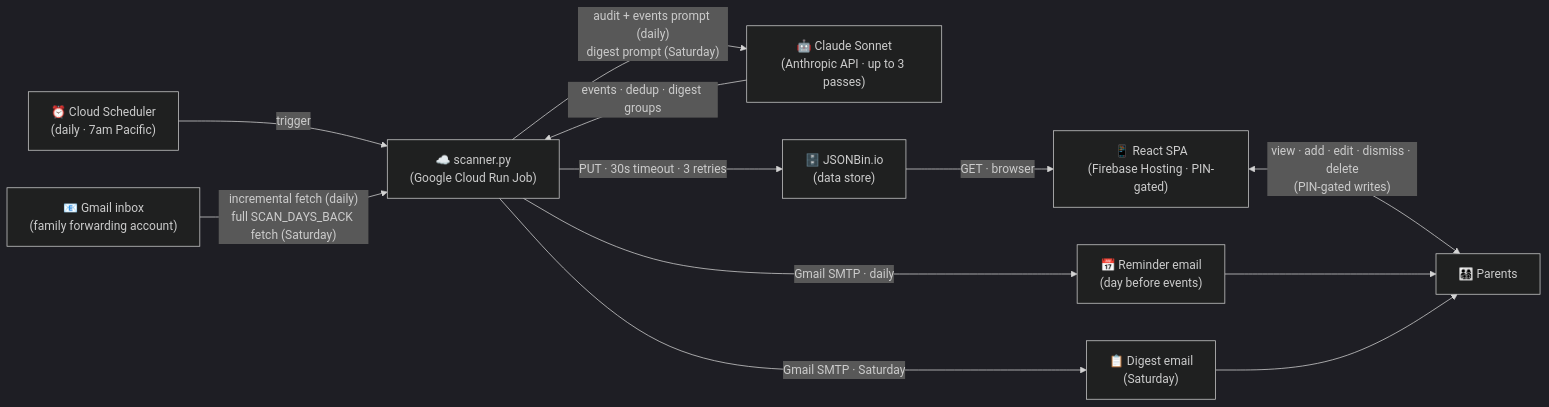
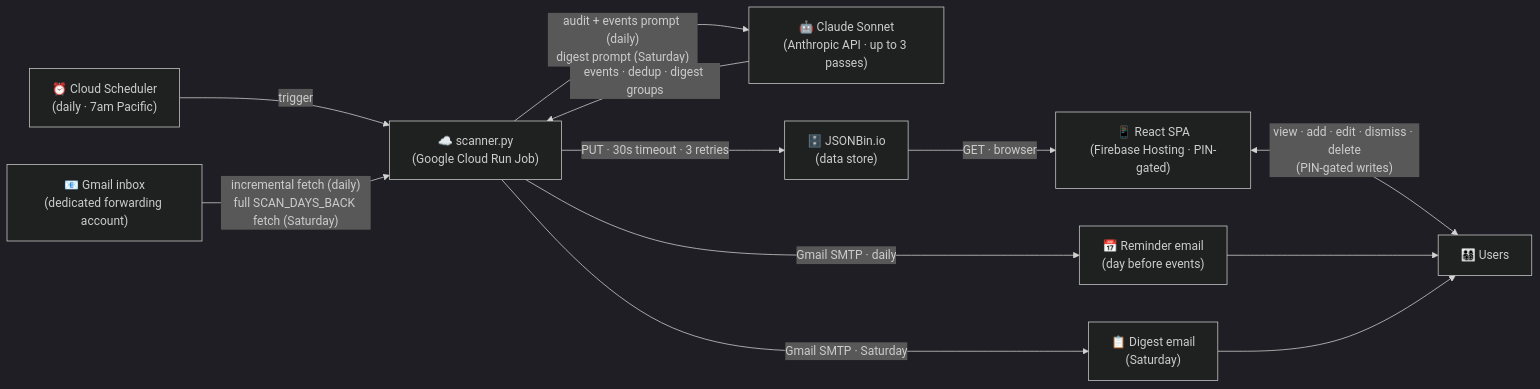
One commit to samundrud/family_inbox_digest changed the diagram in README.md. Above: the diagram before and after it, drawn with Mermaid (dark theme). The commit also changed other lines of this file and 4 other files, not shown here.

````diff
--- a/README.md
+++ b/README.md
@@ -31,24 +38,24 @@
 ```mermaid
 flowchart LR
     Scheduler["⏰ Cloud Scheduler\n(daily · 7am Pacific)"]
-    Gmail["📧 Gmail inbox\n(family forwarding account)"]
+    Gmail["📧 Gmail inbox\n(dedicated forwarding account)"]
     Scanner["☁️ scanner.py\n(Google Cloud Run Job)"]
     Claude["🤖 Claude Sonnet\n(Anthropic API · up to 3 passes)"]
     JSONBin["🗄️ JSONBin.io\n(data store)"]
     Frontend["📱 React SPA\n(Firebase Hosting · PIN-gated)"]
     ReminderEmail["📅 Reminder email\n(day before events)"]
     DigestEmail["📋 Digest email\n(Saturday)"]
-    Parents["👨‍👩‍👧‍👦 Parents"]
+    Parents["👨‍👩‍👧‍👦 Users"]
 
     Scheduler -->|"trigger"| Scanner
     Gmail -->|"incremental fetch (daily)\nfull SCAN_DAYS_BACK fetch (Saturday)"| Scanner
     Scanner -->|"audit + events prompt (daily)\ndigest prompt (Saturday)"| Claude
     Claude -->|"events · dedup · digest groups"| Scanner
     Scanner -->|"PUT · 30s timeout · 3 retries"| JSONBin
     JSONBin -->|"GET · browser"| Frontend
     Frontend <-->|"view · add · edit · dismiss · delete\n(PIN-gated writes)"| Parents
     Scanner -->|"Gmail SMTP · daily"| ReminderEmail
     Scanner -->|"Gmail SMTP · Saturday"| DigestEmail
     ReminderEmail --> Parents
     DigestEmail --> Parents
 ```
````
